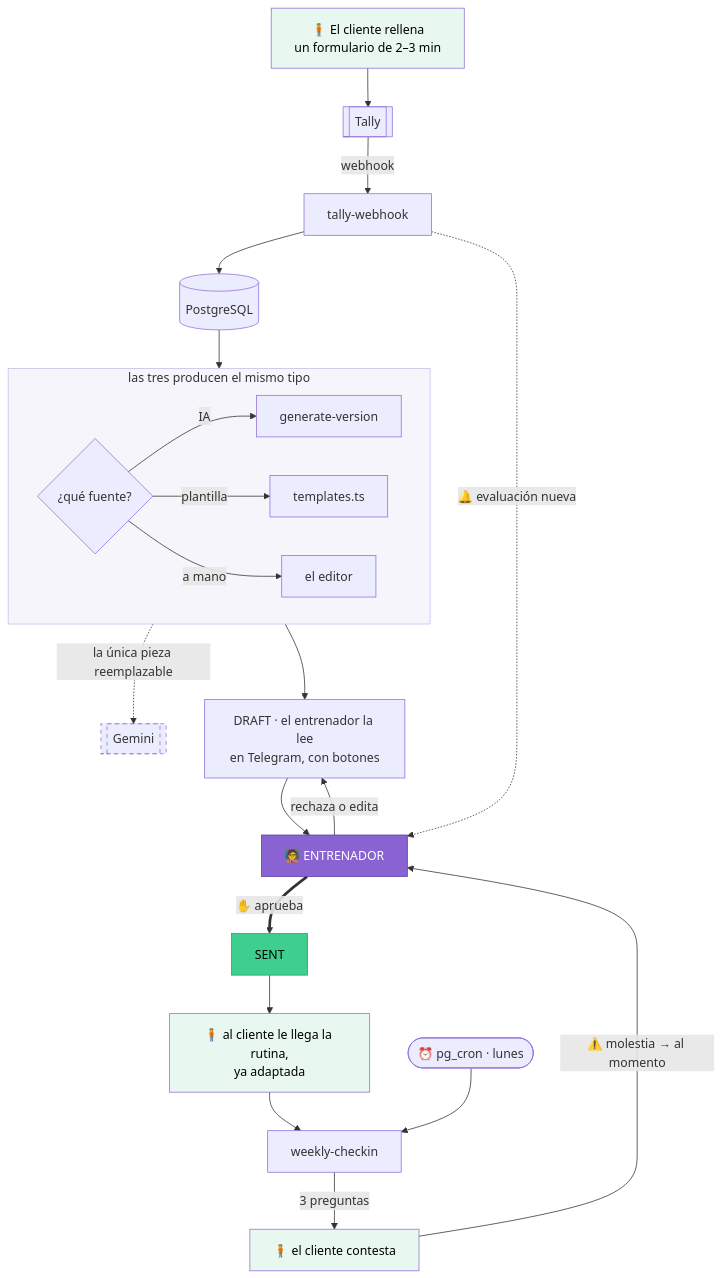
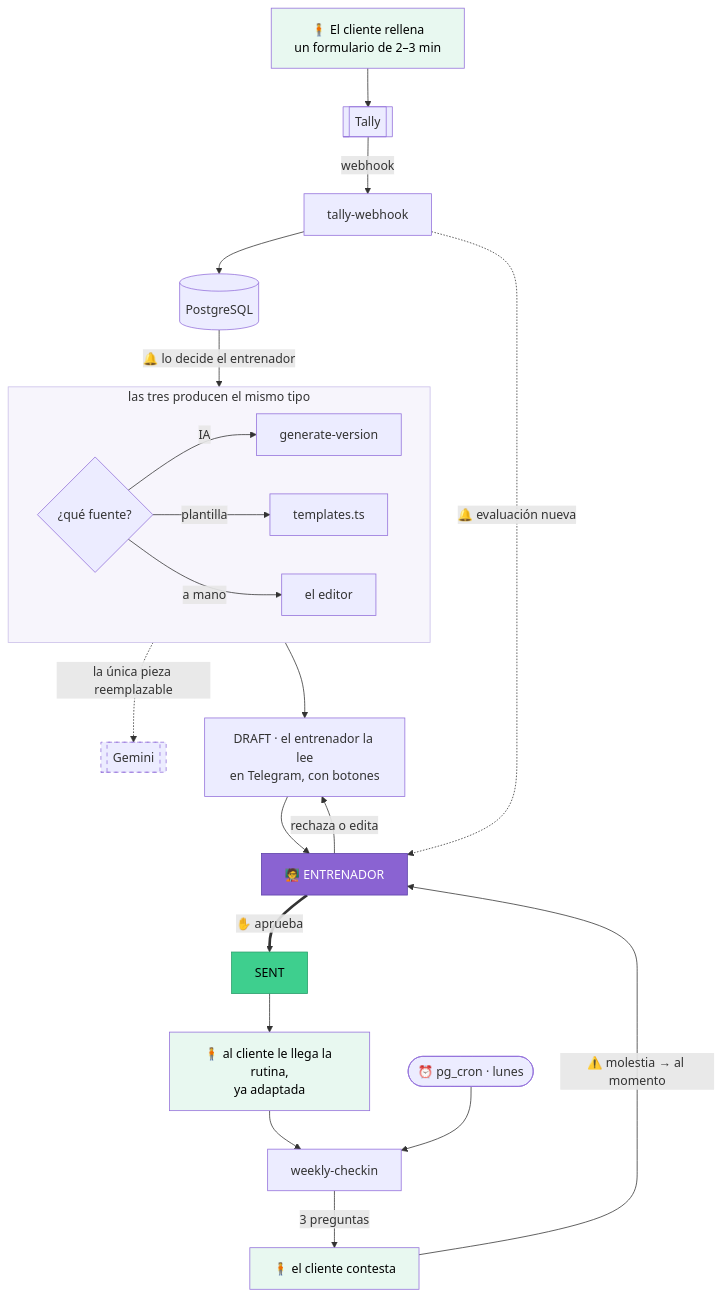
The first of 3 diagrams in README.es.md (ana-izaguirre/trainer-flow), drawn with Mermaid before and after one commit. The commit also changed 17 other files, not shown here.

````diff
--- a/README.es.md
+++ b/README.es.md
@@ -24,39 +24,39 @@
 ```mermaid
 flowchart TD
     Form["🧍 El cliente rellena<br/>un formulario de 2–3 min"] --> Tally[["Tally"]]
     Tally -->|webhook| Ingest["tally-webhook"]
     Ingest --> DB[("PostgreSQL")]
     Ingest -.->|"🔔 evaluación nueva"| T1
 
-    DB --> Source{"¿qué fuente?"}
+    DB -->|"🔔 lo decide el entrenador"| Source{"¿qué fuente?"}
 
     subgraph sources ["las tres producen el mismo tipo"]
         direction LR
         Source -->|IA| Gen["generate-version"]
         Source -->|plantilla| Tpl["templates.ts"]
         Source -->|a mano| Man["el editor"]
     end
 
     Gen -.->|"la única pieza reemplazable"| Gemini[["Gemini"]]
 
     sources --> Draft["DRAFT · el entrenador la lee<br/>en Telegram, con botones"]
     Draft --> T1["🧑‍🏫 ENTRENADOR"]
 
     T1 ==>|"✋ aprueba"| Sent["SENT"]
     T1 -->|"rechaza o edita"| Draft
 
     Sent --> Deliver["🧍 al cliente le llega la rutina,<br/>ya adaptada"]
 
     Cron(["⏰ pg_cron · lunes"]) --> Weekly["weekly-checkin"]
     Deliver --> Weekly
     Weekly -->|"3 preguntas"| Answer["🧍 el cliente contesta"]
     Answer -->|"⚠️ molestia → al momento"| T1
 
     style T1 fill:#8A63D2,color:#fff,stroke:#5B3FA8
     style Sent fill:#3ECF8E,color:#000,stroke:#2A9E6B
     style Gemini stroke-dasharray: 5 5
     style Form fill:#E8F8F0,color:#000
     style Deliver fill:#E8F8F0,color:#000
     style Answer fill:#E8F8F0,color:#000
     style sources fill:#F7F5FC,stroke:#C9BEE8
 ```
````
